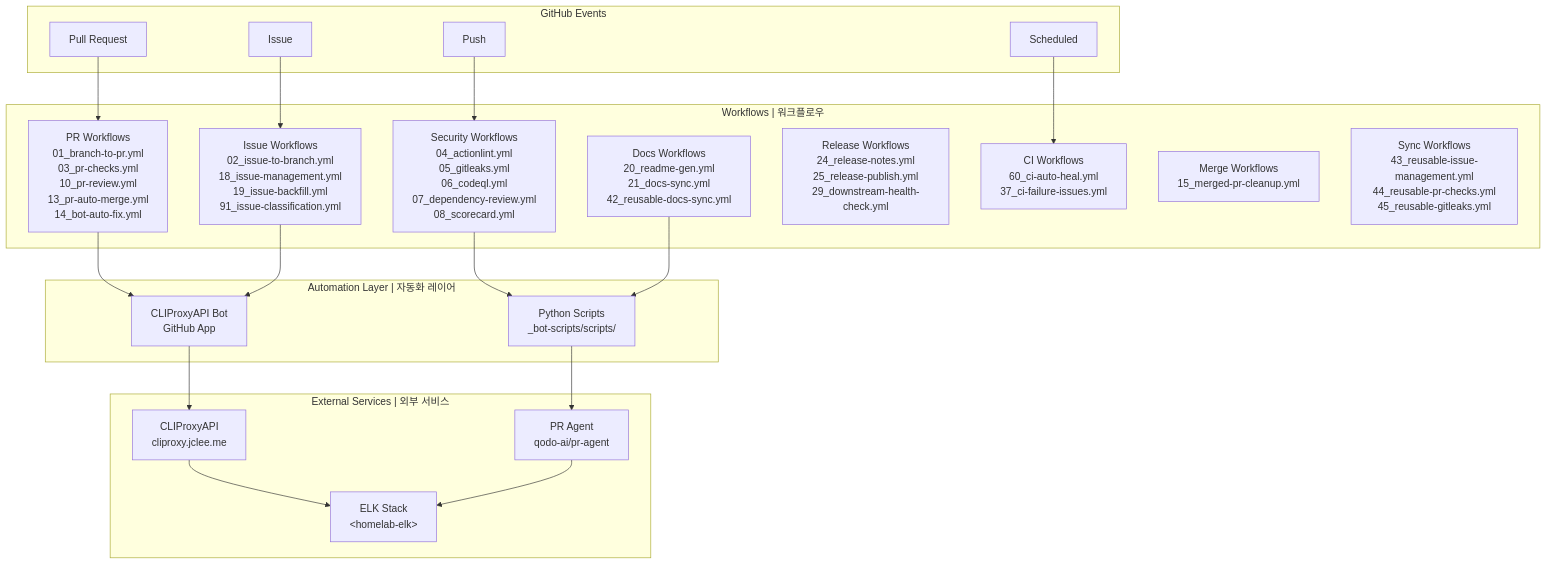
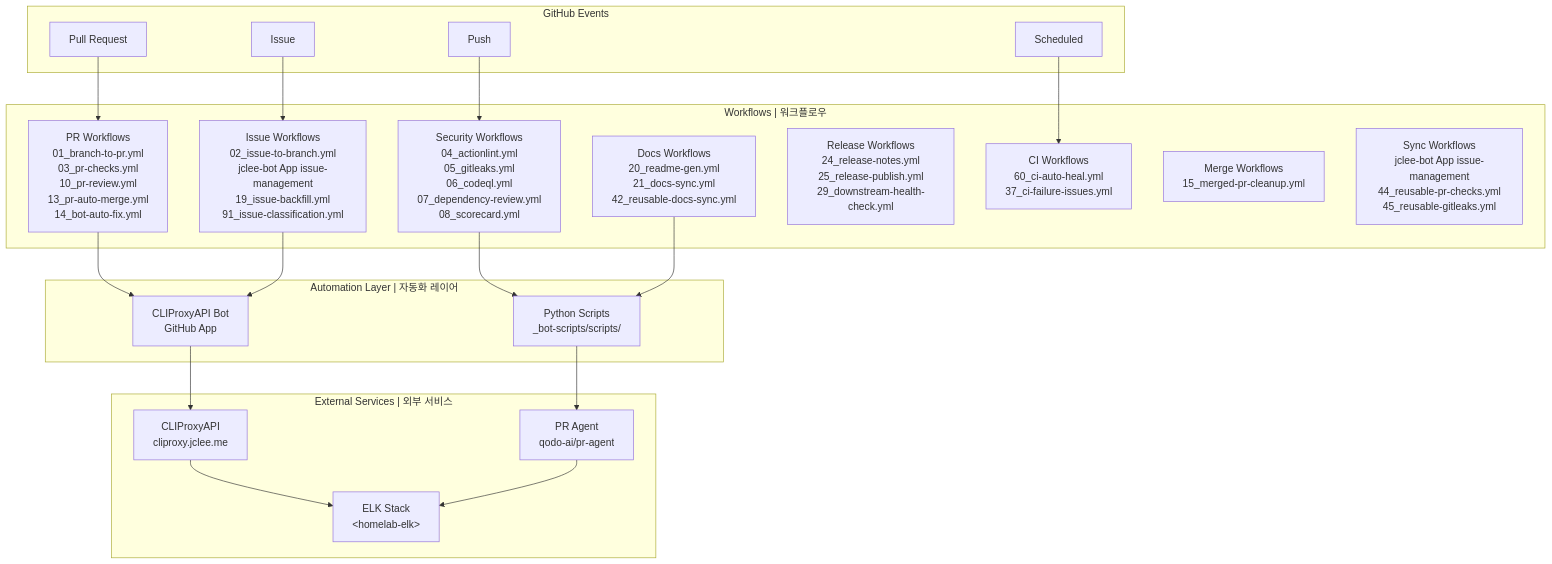
The diagram in README.md (jclee941/splunk), drawn with Mermaid before and after one commit. The commit also changed other lines of this file, not shown here.

Commit message:
docs(app): remove stale workflow references

````diff
--- a/README.md
+++ b/README.md
@@ -84,47 +84,47 @@
 ```mermaid
 flowchart TB
     subgraph "GitHub Events"
         PR["Pull Request"]
         ISSUE["Issue"]
         PUSH["Push"]
         SCHEDULE["Scheduled"]
     end
 
     subgraph "Workflows | 워크플로우"
         PR_WORKFLOWS["PR Workflows<br/>01_branch-to-pr.yml<br/>03_pr-checks.yml<br/>10_pr-review.yml<br/>13_pr-auto-merge.yml<br/>14_bot-auto-fix.yml"]
-        ISSUE_WORKFLOWS["Issue Workflows<br/>02_issue-to-branch.yml<br/>18_issue-management.yml<br/>19_issue-backfill.yml<br/>91_issue-classification.yml"]
+        ISSUE_WORKFLOWS["Issue Workflows<br/>02_issue-to-branch.yml<br/>jclee-bot App issue-management<br/>19_issue-backfill.yml<br/>91_issue-classification.yml"]
         SECURITY_WORKFLOWS["Security Workflows<br/>04_actionlint.yml<br/>05_gitleaks.yml<br/>06_codeql.yml<br/>07_dependency-review.yml<br/>08_scorecard.yml"]
         DOC_WORKFLOWS["Docs Workflows<br/>20_readme-gen.yml<br/>21_docs-sync.yml<br/>42_reusable-docs-sync.yml"]
         RELEASE_WORKFLOWS["Release Workflows<br/>24_release-notes.yml<br/>25_release-publish.yml<br/>29_downstream-health-check.yml"]
         CI_WORKFLOWS["CI Workflows<br/>60_ci-auto-heal.yml<br/>37_ci-failure-issues.yml"]
         MERGE_WORKFLOWS["Merge Workflows<br/>15_merged-pr-cleanup.yml"]
-        SYNC_WORKFLOWS["Sync Workflows<br/>43_reusable-issue-management.yml<br/>44_reusable-pr-checks.yml<br/>45_reusable-gitleaks.yml"]
+        SYNC_WORKFLOWS["Sync Workflows<br/>jclee-bot App issue-management<br/>44_reusable-pr-checks.yml<br/>45_reusable-gitleaks.yml"]
     end
 
     subgraph "Automation Layer | 자동화 레이어"
         BOT["CLIProxyAPI Bot<br/>GitHub App"]
         SCRIPTS["Python Scripts<br/>_bot-scripts/scripts/"]
     end
 
     subgraph "External Services | 외부 서비스"
         CLIPROXY["CLIProxyAPI<br/>cliproxy.jclee.me"]
         PRAGENT["PR Agent<br/>qodo-ai/pr-agent"]
         ELK["ELK Stack<br/>&lt;homelab-elk&gt;"]
     end
 
     PR --> PR_WORKFLOWS
     ISSUE --> ISSUE_WORKFLOWS
     PUSH --> SECURITY_WORKFLOWS
     SCHEDULE --> CI_WORKFLOWS
 
     PR_WORKFLOWS --> BOT
     ISSUE_WORKFLOWS --> BOT
     SECURITY_WORKFLOWS --> SCRIPTS
     DOC_WORKFLOWS --> SCRIPTS
 
     BOT --> CLIPROXY
     SCRIPTS --> PRAGENT
 
     CLIPROXY --> ELK
     PRAGENT --> ELK
 ```
````
